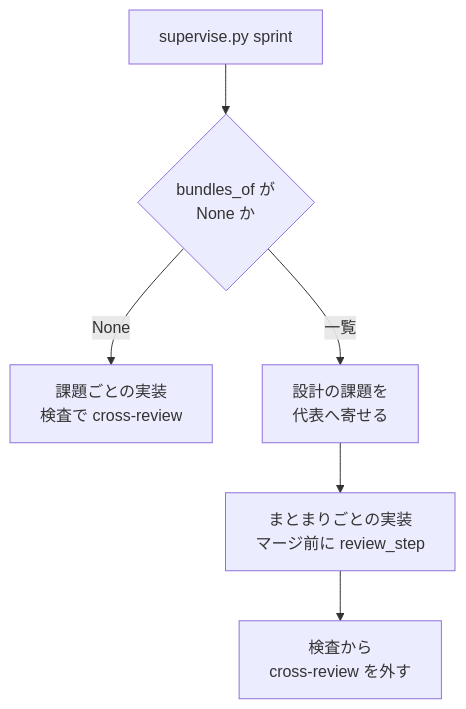
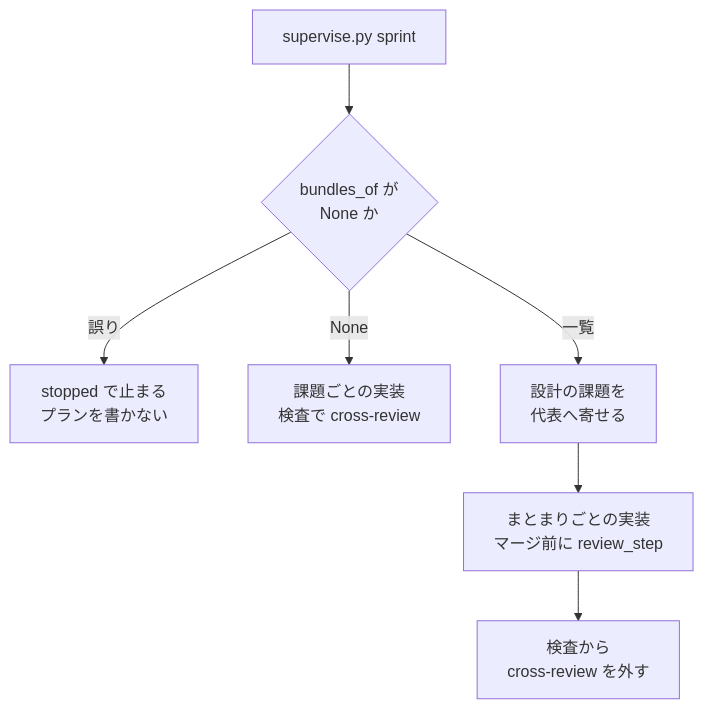
Before and after one commit to devbasex/ai-plugins: the fourth of 4 diagrams in issues/issue-3081-design.md, drawn with Mermaid. The commit also changed other lines of this file, not shown here.

````diff
--- a/issues/issue-3081-design.md
+++ b/issues/issue-3081-design.md
@@ -278,8 +278,9 @@
 ```mermaid
 graph TD
     A[supervise.py sprint] --> B{bundles_of が<br/>None か}
+    B -->|誤り| G[stopped で止まる<br/>プランを書かない]
     B -->|None| C[課題ごとの実装<br/>検査で cross-review]
     B -->|一覧| D[設計の課題を<br/>代表へ寄せる]
     D --> E[まとまりごとの実装<br/>マージ前に review_step]
     E --> F[検査から<br/>cross-review を外す]
 ```
````
